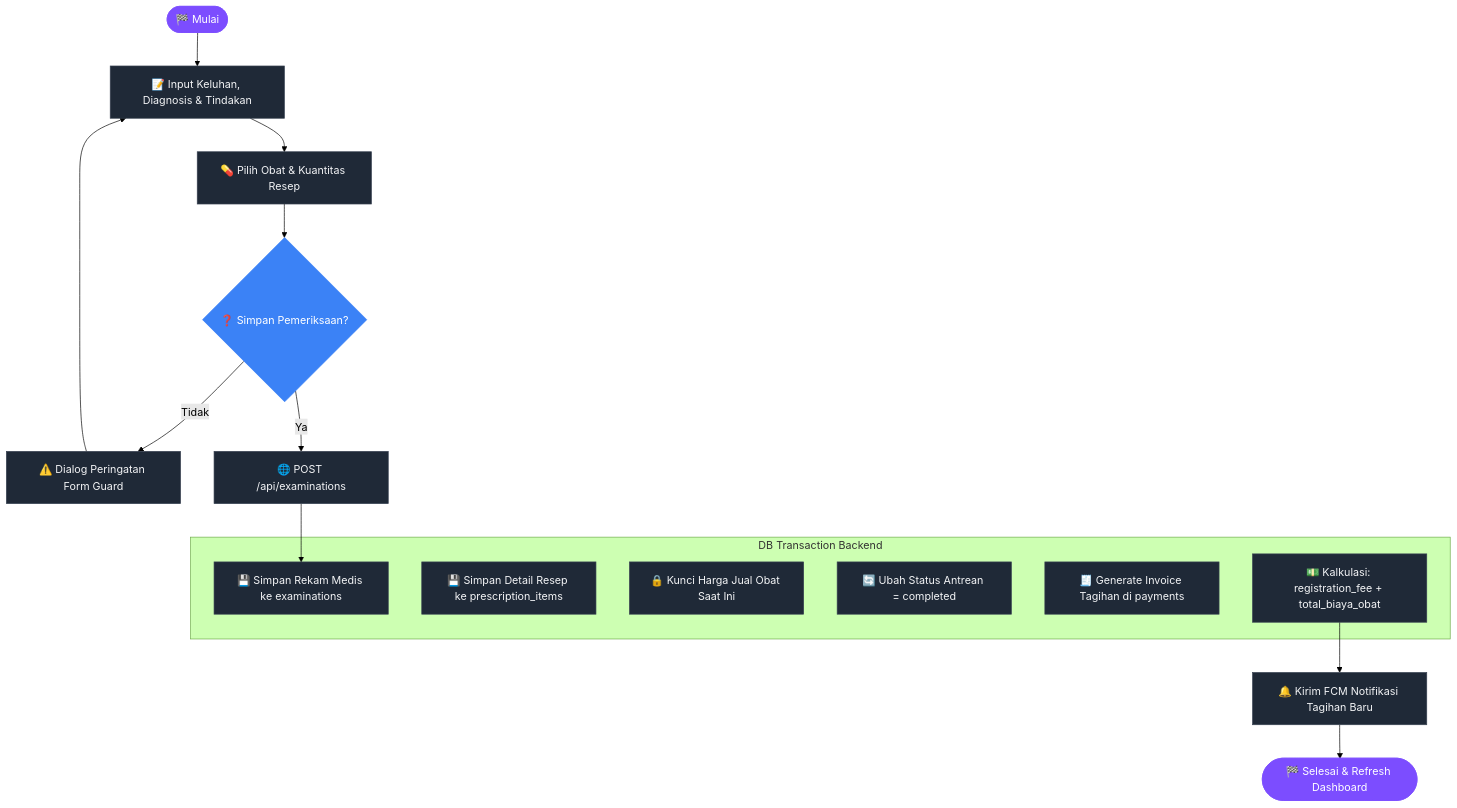
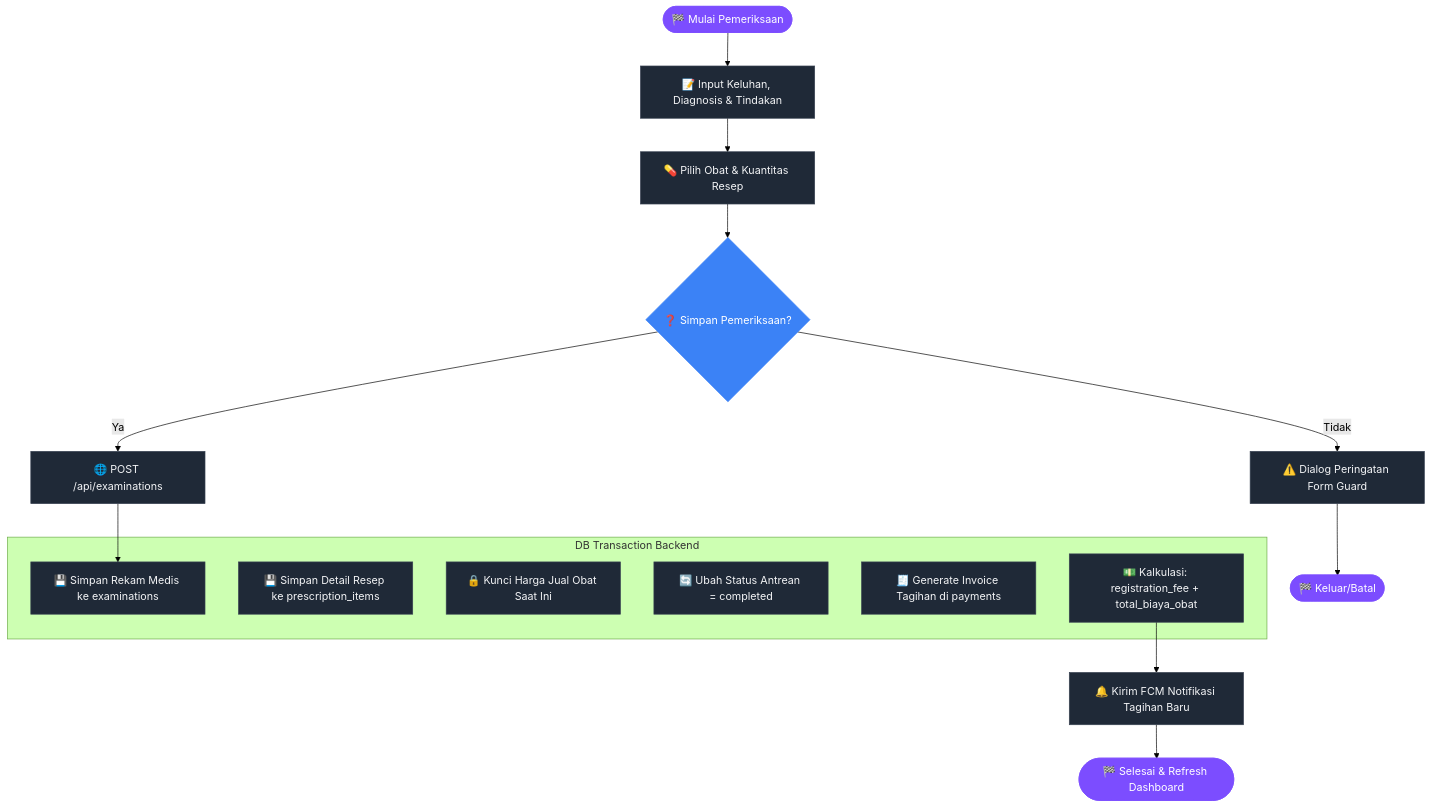
One commit to Rezi14/NalaSeva-Mobile-Test changed the seventh of 10 diagrams in dokumentasi/ALUR_BISNIS.md. Above: the diagram before and after it, drawn with Mermaid (forest theme). The commit also changed other lines of this file, not shown here.

````diff
--- a/dokumentasi/ALUR_BISNIS.md
+++ b/dokumentasi/ALUR_BISNIS.md
@@ -248,26 +252,26 @@
 ```mermaid
 flowchart TD
     classDef default fill:#1f2937,stroke:#374151,stroke-width:1px,color:#f3f4f6;
     classDef startEnd fill:#7c4dff,stroke:#7c4dff,color:#fff;
     classDef decision fill:#3b82f6,stroke:#3b82f6,color:#fff;
 
-    Start([🏁 Mulai]):::startEnd --> Form[📝 Input Keluhan, Diagnosis & Tindakan]
+    Start([🏁 Mulai Pemeriksaan]):::startEnd --> Form[📝 Input Keluhan, Diagnosis & Tindakan]
     Form --> Rx[💊 Pilih Obat & Kuantitas Resep]
     Rx --> Save{❓ Simpan Pemeriksaan?}:::decision
     
-    Save -- Tidak --> Discard[⚠️ Dialog Peringatan Form Guard] --> Form
+    Save -- Tidak --> Discard[⚠️ Dialog Peringatan Form Guard] --> EndDiscard([🏁 Keluar/Batal]):::startEnd
     Save -- Ya --> API[🌐 POST /api/examinations]
     
     subgraph DB Transaction Backend
         DB1[💾 Simpan Rekam Medis ke examinations]
         DB2[💾 Simpan Detail Resep ke prescription_items]
         DB3[🔒 Kunci Harga Jual Obat Saat Ini]
         DB4[🔄 Ubah Status Antrean = completed]
         DB5[🧾 Generate Invoice Tagihan di payments]
         DB6[💵 Kalkulasi: registration_fee + total_biaya_obat]
     end
     
     API --> DB1
     DB6 --> FCM[🔔 Kirim FCM Notifikasi Tagihan Baru]
     FCM --> Done([🏁 Selesai & Refresh Dashboard]):::startEnd
 ```
````
